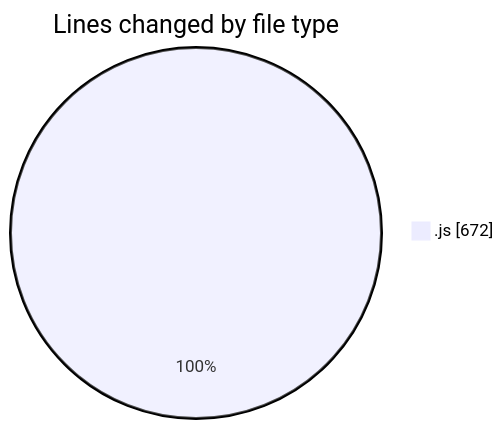
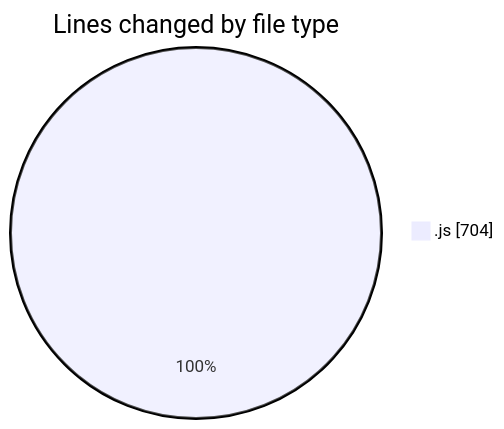
Before and after one commit to momahboobian/code-tracking: the first of 2 diagrams in 2025-03-13/cda/README.md, drawn with Mermaid. The commit also changed other lines of this file and 1 other file, not shown here.

````diff
--- a/2025-03-13/cda/README.md
+++ b/2025-03-13/cda/README.md
@@ -22,5 +22,5 @@
 ```mermaid
 pie showData
 title Lines changed by file type
-".js" : 672
+".js" : 704
 ```
````
